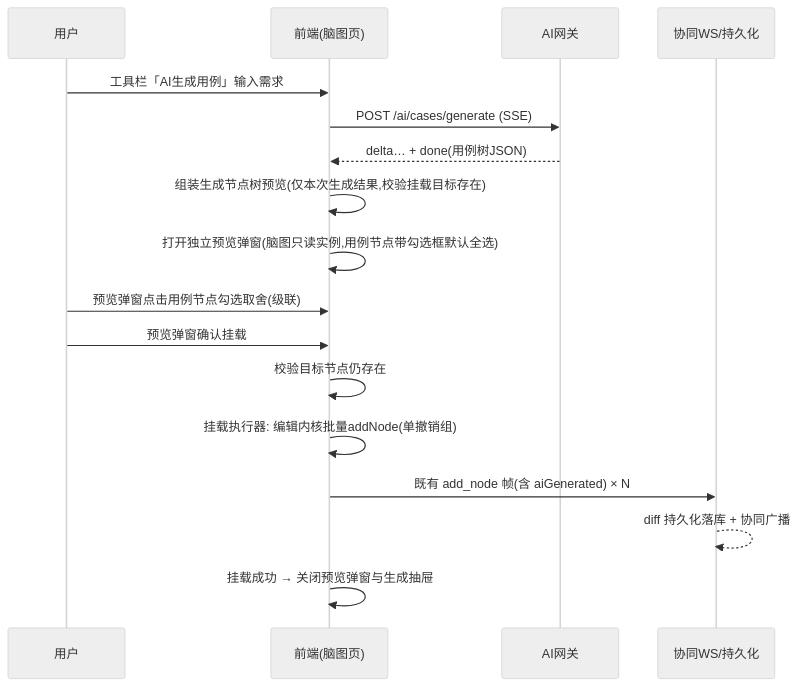
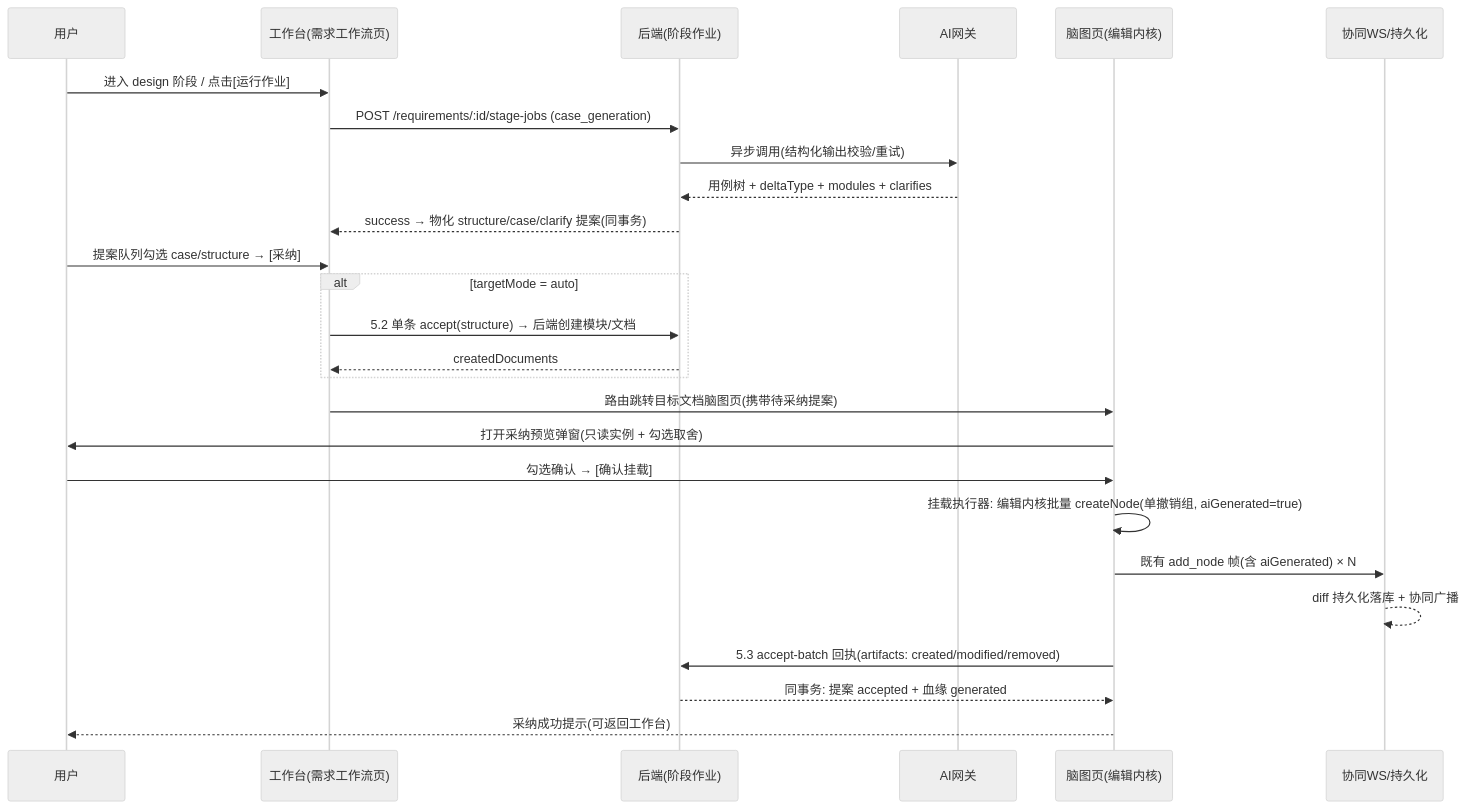
Before and after one commit to XiaoMiSum/robotest: the diagram in docs/04-detailed-design/60-ai-case-generation-ai-gen.md, drawn with Mermaid (neutral theme). The commit also changed other lines of this file and 10 other files, not shown here.

````diff
--- a/docs/04-detailed-design/60-ai-case-generation-ai-gen.md
+++ b/docs/04-detailed-design/60-ai-case-generation-ai-gen.md
@@ -68,19 +60,28 @@
 ```mermaid
 sequenceDiagram
     participant U as 用户
-    participant FE as 前端(脑图页)
+    participant WB as 工作台(需求工作流页)
+    participant BE as 后端(阶段作业)
     participant GW as AI网关
+    participant FE as 脑图页(编辑内核)
     participant WS as 协同WS/持久化
-    U->>FE: 工具栏「AI生成用例」输入需求
-    FE->>GW: POST /ai/cases/generate (SSE)
-    GW-->>FE: delta… + done(用例树JSON)
-    FE->>FE: 组装生成节点树预览(仅本次生成结果,校验挂载目标存在)
-    FE->>FE: 打开独立预览弹窗(脑图只读实例,用例节点带勾选框默认全选)
-    U->>FE: 预览弹窗点击用例节点勾选取舍(级联)
-    U->>FE: 预览弹窗确认挂载
-    FE->>FE: 校验目标节点仍存在
-    FE->>FE: 挂载执行器: 编辑内核批量addNode(单撤销组)
+    U->>WB: 进入 design 阶段 / 点击[运行作业]
+    WB->>BE: POST /requirements/:id/stage-jobs (case_generation)
+    BE->>GW: 异步调用(结构化输出校验/重试)
+    GW-->>BE: 用例树 + deltaType + modules + clarifies
+    BE-->>WB: success → 物化 structure/case/clarify 提案(同事务)
+    U->>WB: 提案队列勾选 case/structure → [采纳]
+    alt targetMode = auto
+        WB->>BE: 5.2 单条 accept(structure) → 后端创建模块/文档
+        BE-->>WB: createdDocuments
+    end
+    WB->>FE: 路由跳转目标文档脑图页(携带待采纳提案)
+    FE->>U: 打开采纳预览弹窗(只读实例 + 勾选取舍)
+    U->>FE: 勾选确认 → [确认挂载]
+    FE->>FE: 挂载执行器: 编辑内核批量 createNode(单撤销组, aiGenerated=true)
     FE->>WS: 既有 add_node 帧(含 aiGenerated) × N
     WS-->>WS: diff 持久化落库 + 协同广播
-    FE->>FE: 挂载成功 → 关闭预览弹窗与生成抽屉
+    FE->>BE: 5.3 accept-batch 回执(artifacts: created/modified/removed)
+    BE-->>FE: 同事务: 提案 accepted + 血缘 generated
+    FE-->>U: 采纳成功提示(可返回工作台)
 ```
````
